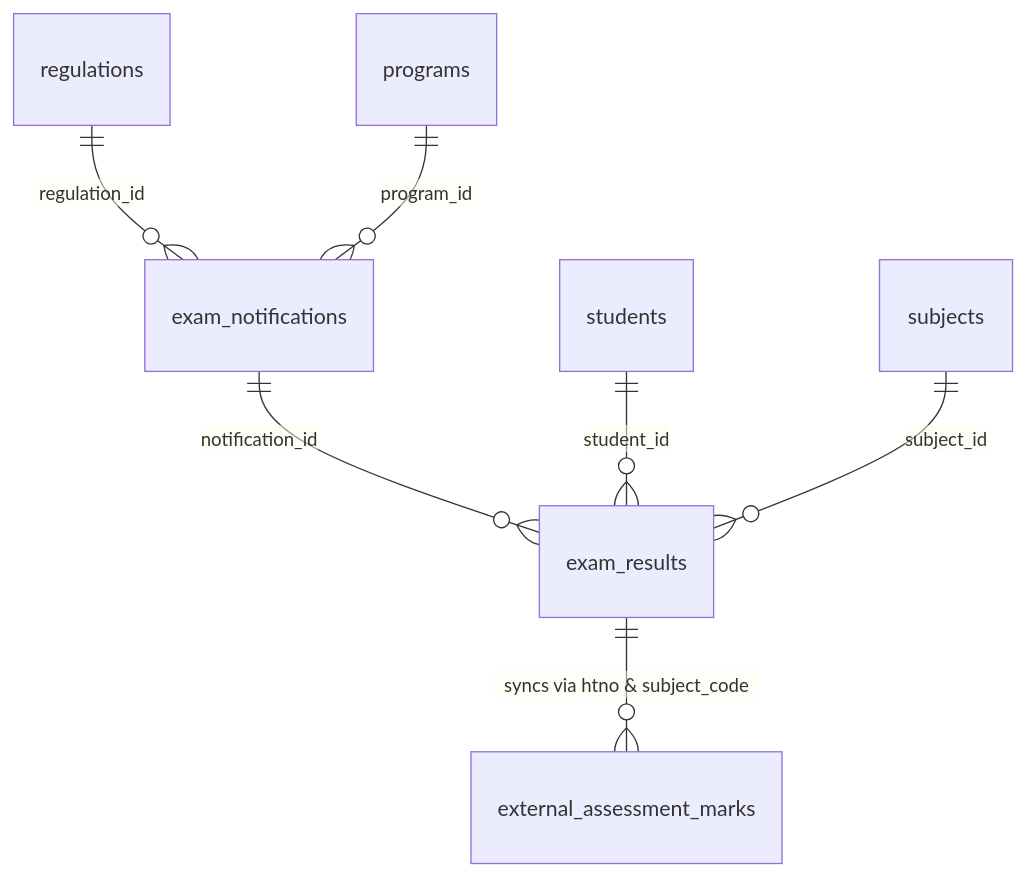
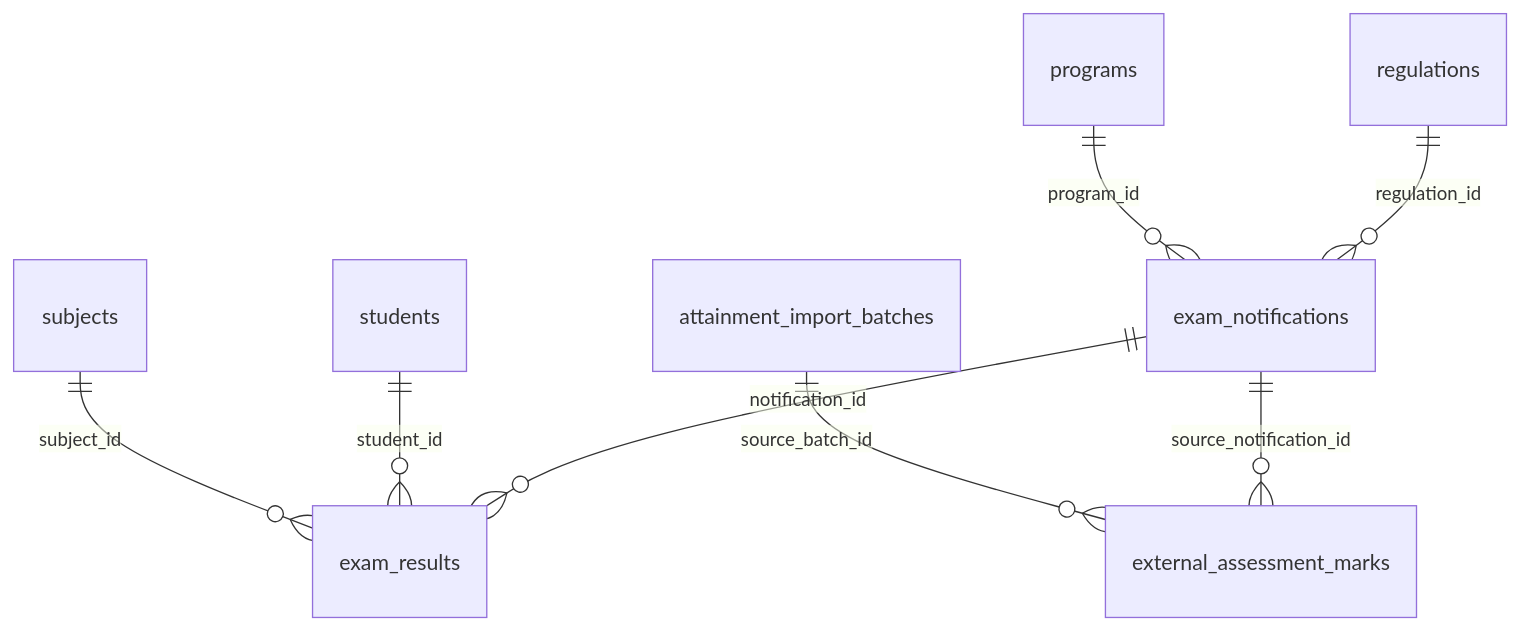
The ninth of 12 diagrams in docs/database/relationships.md (katamanilprojects/sarb), drawn with Mermaid before and after one commit. The commit also changed other lines of this file and 125 other files, not shown here.

````diff
--- a/docs/database/relationships.md
+++ b/docs/database/relationships.md
@@ -366,9 +391,10 @@
 ```mermaid
 erDiagram
     regulations ||--o{ exam_notifications : "regulation_id"
     programs ||--o{ exam_notifications : "program_id"
     exam_notifications ||--o{ exam_results : "notification_id"
     students ||--o{ exam_results : "student_id"
     subjects ||--o{ exam_results : "subject_id"
-    exam_results ||--o{ external_assessment_marks : "syncs via htno & subject_code"
+    exam_notifications ||--o{ external_assessment_marks : "source_notification_id"
+    attainment_import_batches ||--o{ external_assessment_marks : "source_batch_id"
 ```
````
